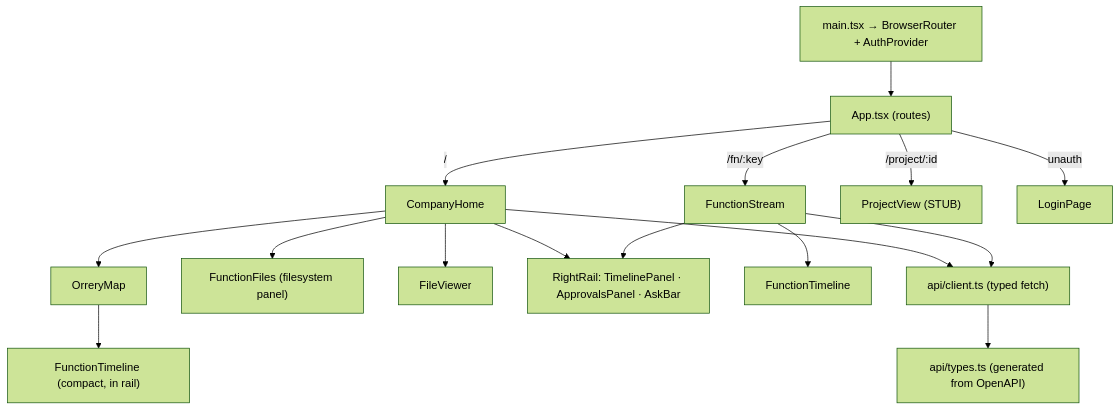
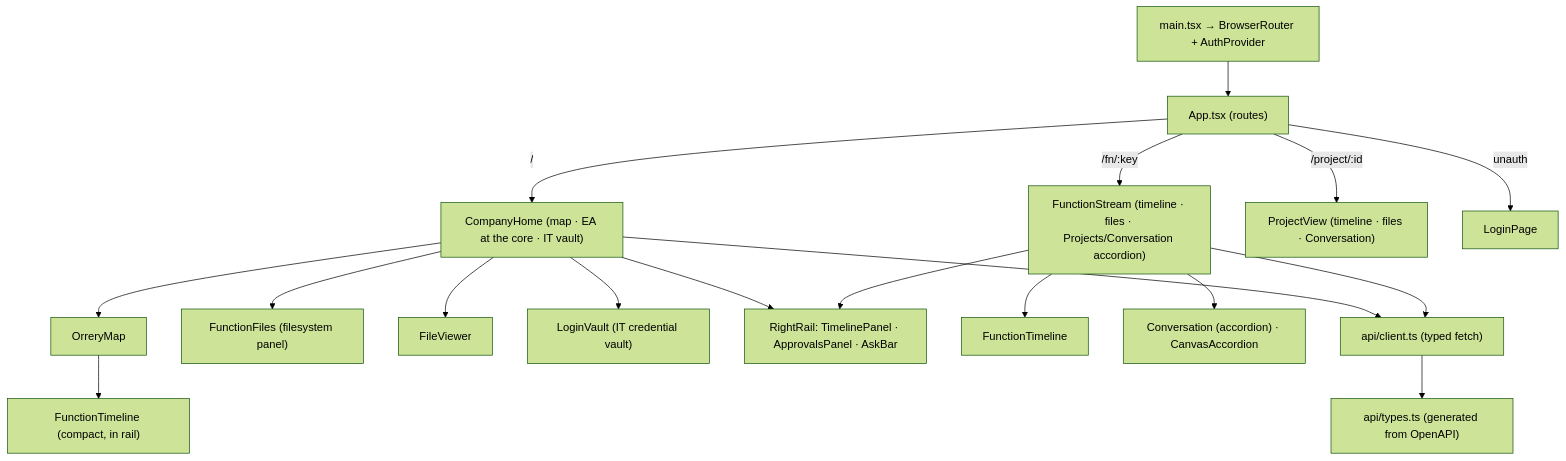
One commit to jgronktn/orrery changed the seventh of 7 diagrams in docs/architecture-current-state.md. Above: the diagram before and after it, drawn with Mermaid (forest theme). The commit also changed other lines of this file and 2 other files, not shown here.

First line of the commit message:
docs: refresh README + architecture + decisions for the EA and recent features

````diff
--- a/docs/architecture-current-state.md
+++ b/docs/architecture-current-state.md
@@ -245,20 +248,22 @@
 ```mermaid
 flowchart TB
   main["main.tsx → BrowserRouter + AuthProvider"] --> app["App.tsx (routes)"]
-  app -->|"/"| home["CompanyHome"]
-  app -->|"/fn/:key"| fn["FunctionStream"]
-  app -->|"/project/:id"| pv["ProjectView (STUB)"]
+  app -->|"/"| home["CompanyHome (map · EA at the core · IT vault)"]
+  app -->|"/fn/:key"| fn["FunctionStream (timeline · files · Projects/Conversation accordion)"]
+  app -->|"/project/:id"| pv["ProjectView (timeline · files · Conversation)"]
   app -->|unauth| login["LoginPage"]
 
   home --> map["OrreryMap"]
   home --> ffiles["FunctionFiles (filesystem panel)"]
   home --> fview["FileViewer"]
+  home --> vault["LoginVault (IT credential vault)"]
   home --> rail["RightRail: TimelinePanel · ApprovalsPanel · AskBar"]
   fn --> ftl["FunctionTimeline"]
+  fn --> conv["Conversation (accordion) · CanvasAccordion"]
   fn --> rail
   map --> ftlmini["FunctionTimeline (compact, in rail)"]
 
   client["api/client.ts (typed fetch)"] --> types["api/types.ts (generated from OpenAPI)"]
   home --> client
   fn --> client
 ```
````
